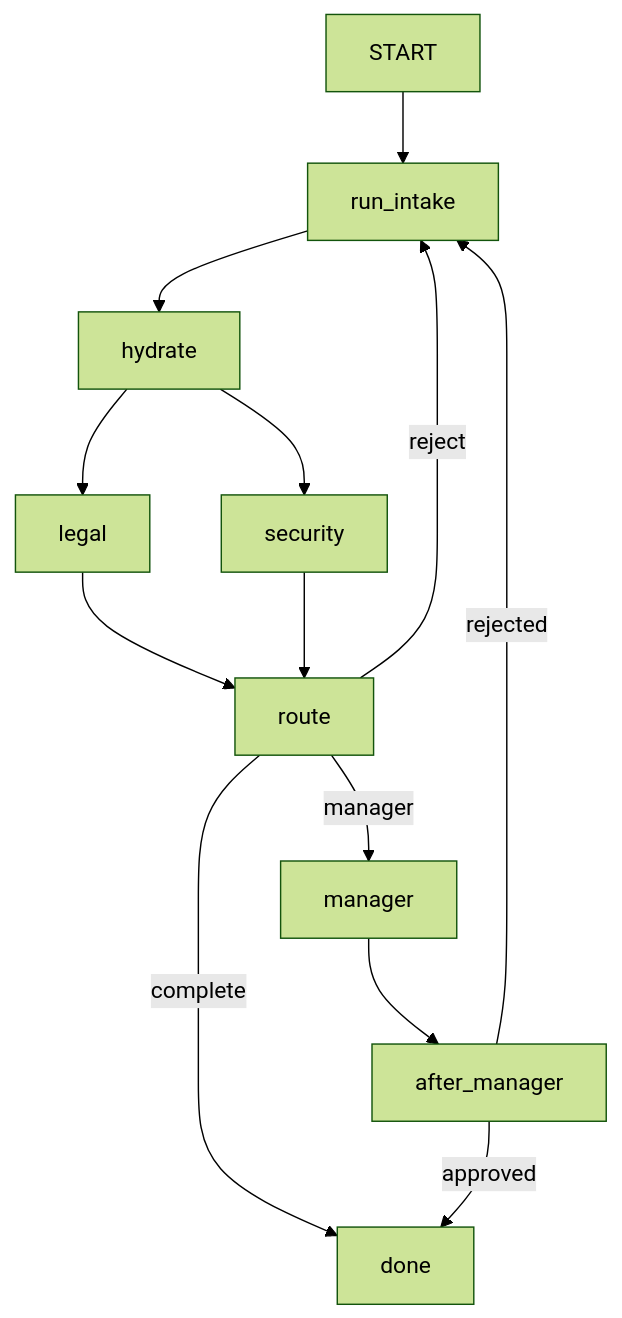
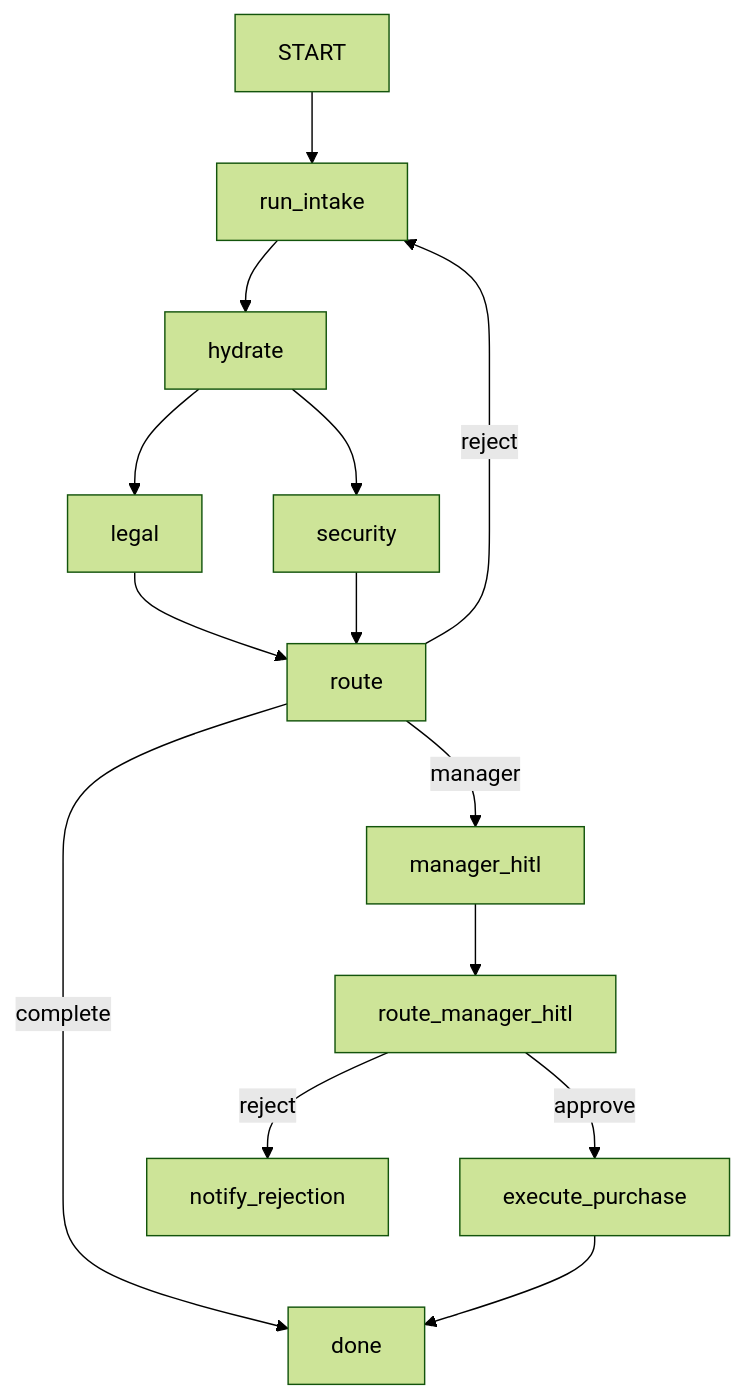
Before and after one commit to ro1406/adk-2.0-tutorial: the diagram in adk-procurement-workshop/template_graph_procurement_agent/README.md, drawn with Mermaid (forest theme). The commit also changed other lines of this file and 13 other files, not shown here.

Commit message:
mirgation to 3.1 flash lite + graph agent fixes

````diff
--- a/adk-procurement-workshop/template_graph_procurement_agent/README.md
+++ b/adk-procurement-workshop/template_graph_procurement_agent/README.md
@@ -17,15 +17,16 @@
 ```mermaid
 flowchart TD
   START --> run_intake
   run_intake --> hydrate
   hydrate --> legal
   hydrate --> security
   legal --> route
   security --> route
   route -->|reject| run_intake
-  route -->|manager| manager
+  route -->|manager| hitl[manager_hitl]
   route -->|complete| done
-  manager --> after_manager
-  after_manager -->|approved| done
-  after_manager -->|rejected| run_intake
+  hitl --> branch[route_manager_hitl]
+  branch -->|approve| exec[execute_purchase]
+  branch -->|reject| deny[notify_rejection]
+  exec --> done
 ```
````
